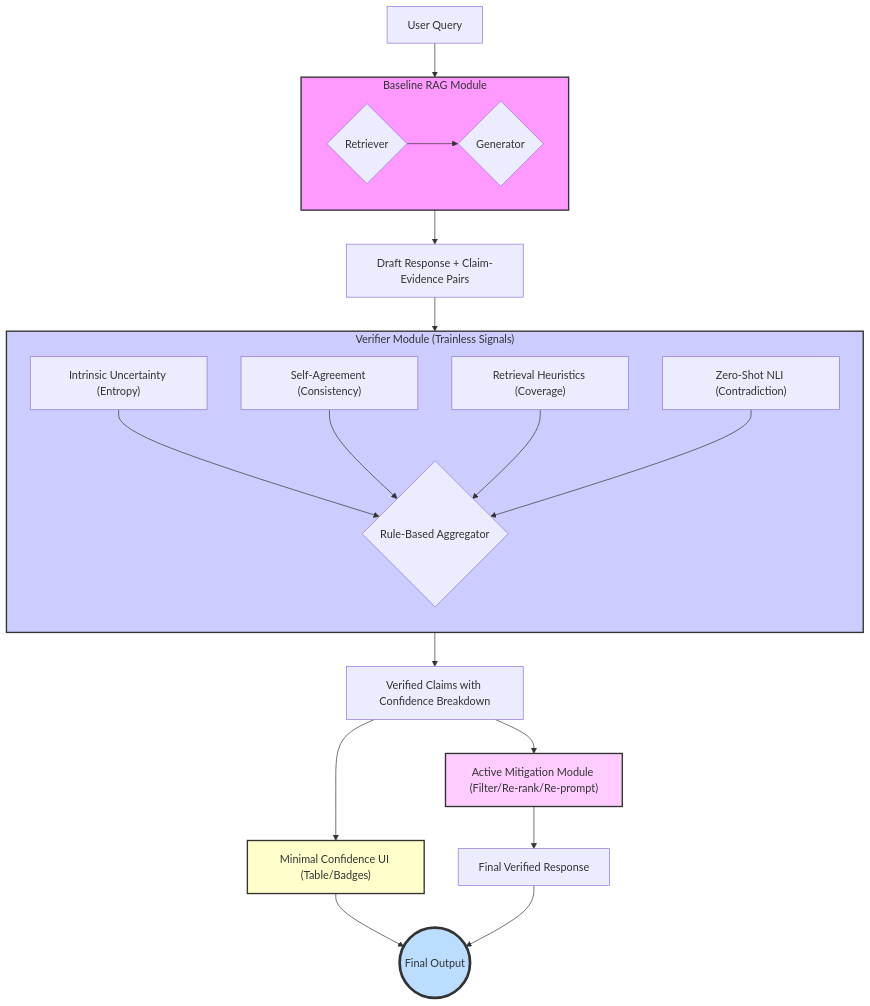
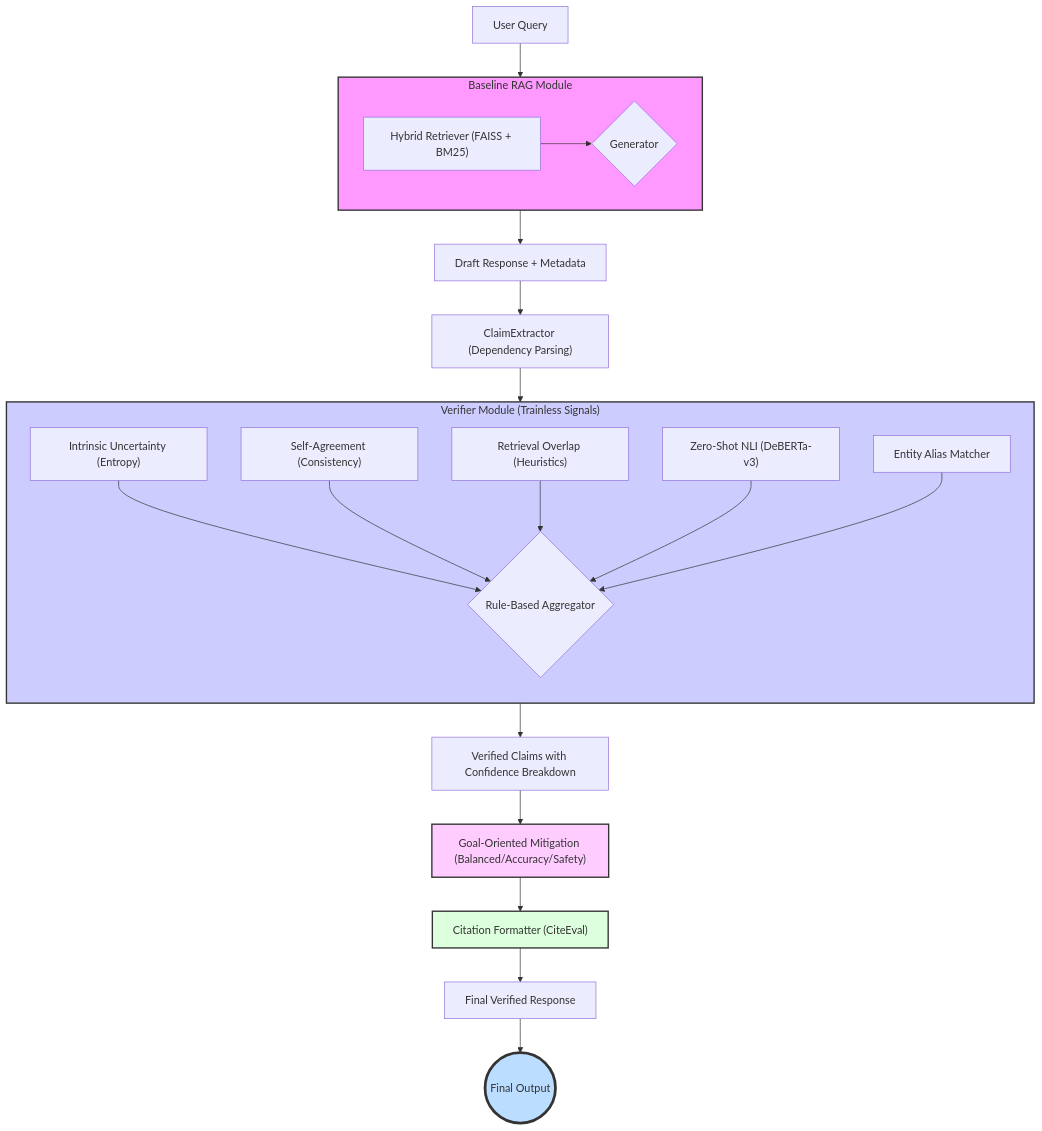
Before and after one commit to xiashuidaolaoshuren/AIST-FYP: the diagram in System_Architecture_Design.md, drawn with Mermaid. The commit also changed other lines of this file and 1 other file, not shown here.

Commit message:
feat: Update System Architecture document with enhanced flowchart and module descriptions

````diff
--- a/System_Architecture_Design.md
+++ b/System_Architecture_Design.md
@@ -9,34 +9,36 @@
 ```mermaid
 graph TD
     A[User Query] --> B;
     subgraph B[Baseline RAG Module]
         direction LR
-        B1{Retriever} --> B2{Generator};
+        B1["Hybrid Retriever (FAISS + BM25)"] --> B2{Generator};
     end
-    B --> C["Draft Response + Claim-Evidence Pairs"];
-    C --> D;
+    B --> C["Draft Response + Metadata"];
+    C --> C1["ClaimExtractor (Dependency Parsing)"];
+    C1 --> D;
     subgraph D["Verifier Module (Trainless Signals)"]
         direction TB
         D1["Intrinsic Uncertainty (Entropy)"]
         D2["Self-Agreement (Consistency)"]
-        D3["Retrieval Heuristics (Coverage)"]
-        D4["Zero-Shot NLI (Contradiction)"]
+        D3["Retrieval Overlap (Heuristics)"]
+        D4["Zero-Shot NLI (DeBERTa-v3)"]
+        D5["Entity Alias Matcher"]
         D_Aggregator{"Rule-Based Aggregator"}
         D1 --> D_Aggregator;
         D2 --> D_Aggregator;
         D3 --> D_Aggregator;
         D4 --> D_Aggregator;
+        D5 --> D_Aggregator;
     end
     D --> E["Verified Claims with Confidence Breakdown"];
-    E --> F["Active Mitigation Module (Filter/Re-rank/Re-prompt)"];
-    E --> G["Minimal Confidence UI (Table/Badges)"];
-    F --> H[Final Verified Response];
-    G --> I((Final Output));
-    H --> I;
+    E --> F["Goal-Oriented Mitigation (Balanced/Accuracy/Safety)"];
+    F --> F1["Citation Formatter (CiteEval)"];
+    F1 --> H[Final Verified Response];
+    H --> I((Final Output));
 
     style B fill:#f9f,stroke:#333,stroke-width:2px
     style D fill:#ccf,stroke:#333,stroke-width:2px
     style F fill:#fcf,stroke:#333,stroke-width:2px
-    style G fill:#ffc,stroke:#333,stroke-width:2px
+    style F1 fill:#dfd,stroke:#333,stroke-width:2px
     style I fill:#bdf,stroke:#333,stroke-width:4px
 ```
````
